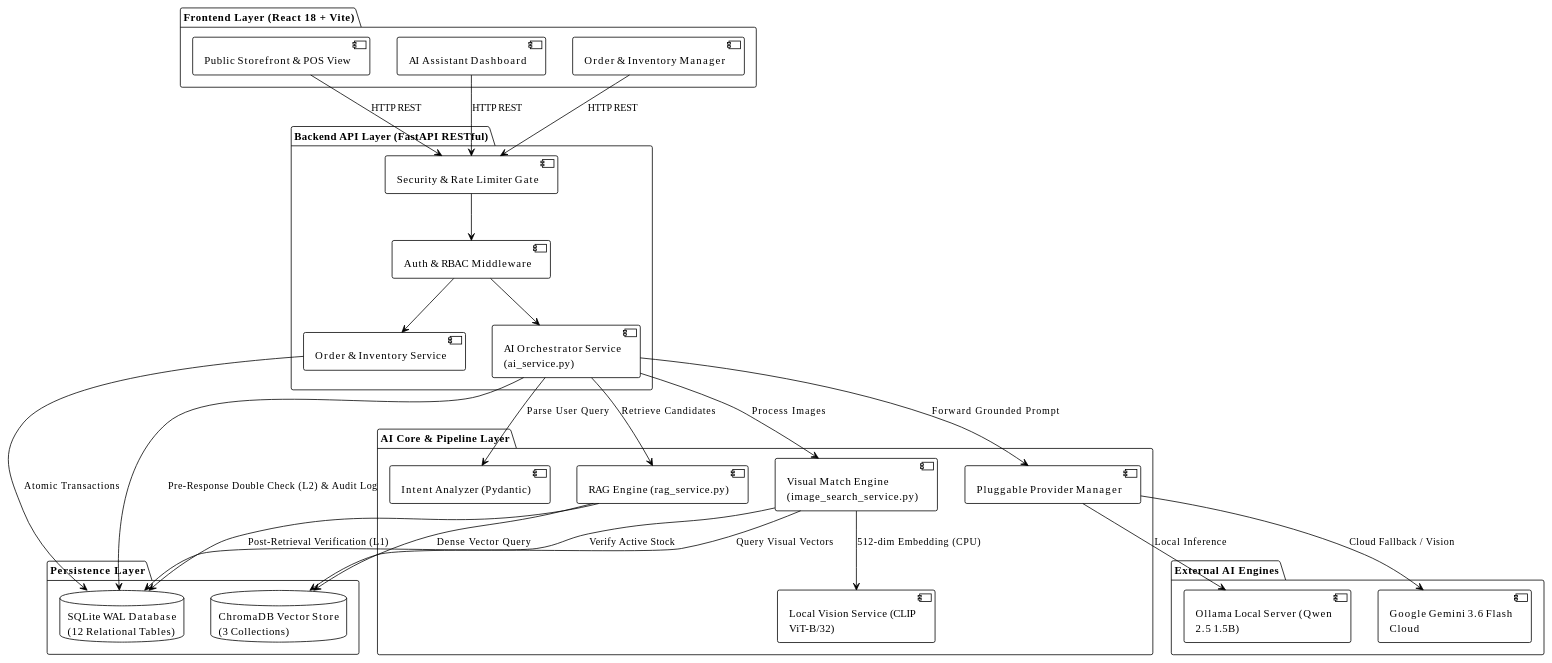
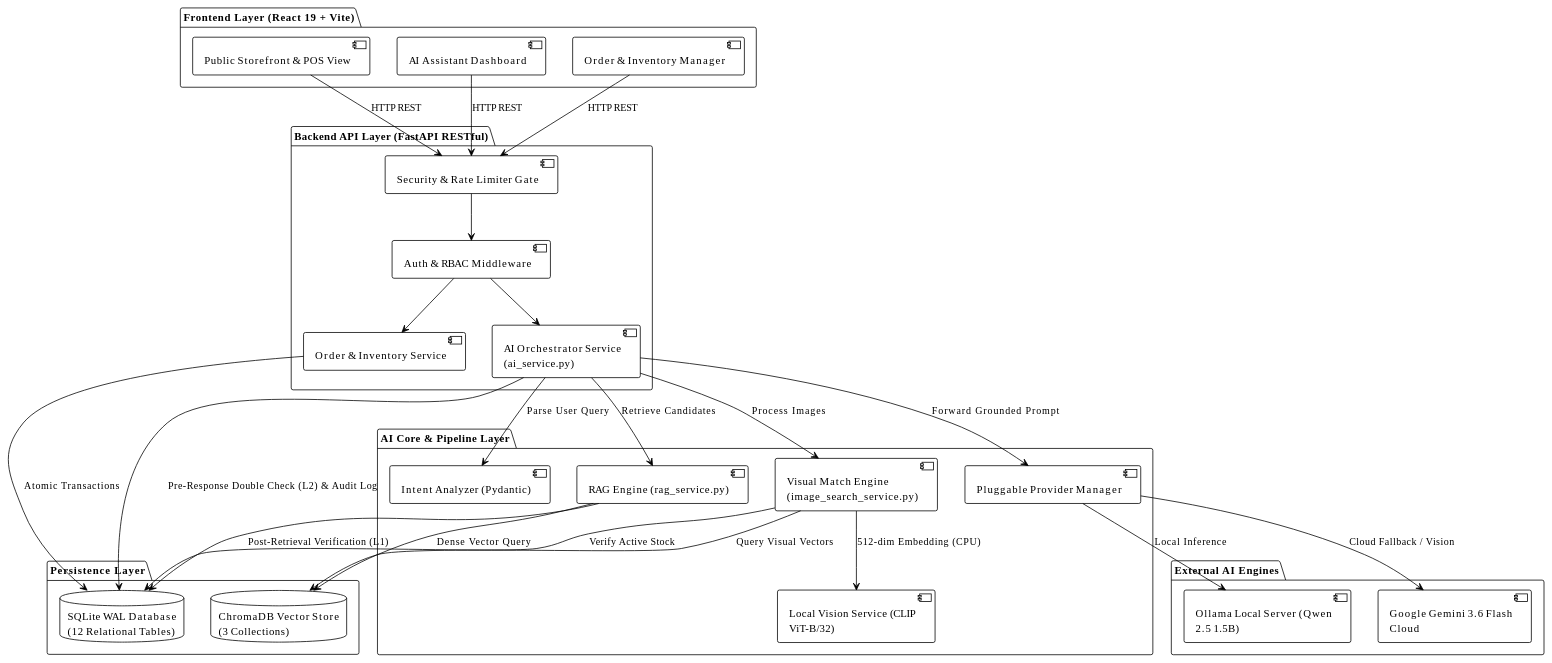
The first of 4 diagrams in docs/Bao_Cao_StoreFlow_AI.md (Leoth01O2/WebStoreAI), drawn with PlantUML before and after one commit. The commit also changed other lines of this file and 1 other file, not shown here.

````diff
--- a/docs/Bao_Cao_StoreFlow_AI.md
+++ b/docs/Bao_Cao_StoreFlow_AI.md
@@ -392,62 +392,62 @@
 ```plantuml
 @startuml
 !theme plain
 skinparam componentStyle uml2
 skinparam wrapWidth 200
 
-package "Frontend Layer (React 18 + Vite)" {
+package "Frontend Layer (React 19 + Vite)" {
   [Public Storefront & POS View] as UI_POS
   [AI Assistant Dashboard] as UI_AI
   [Order & Inventory Manager] as UI_Admin
 }
 
 package "Backend API Layer (FastAPI RESTful)" {
   [Security & Rate Limiter Gate] as Gate
   [Auth & RBAC Middleware] as RBAC
   [Order & Inventory Service] as OrderSvc
   [AI Orchestrator Service (ai_service.py)] as AISvc
 }
 
 package "AI Core & Pipeline Layer" {
   [Intent Analyzer (Pydantic)] as IntentEng
   [RAG Engine (rag_service.py)] as RAGEng
   [Visual Match Engine (image_search_service.py)] as VisionEng
   [Local Vision Service (CLIP ViT-B/32)] as CLIPEng
   [Pluggable Provider Manager] as ProviderMgr
 }
 
 package "External AI Engines" {
   [Ollama Local Server (Qwen 2.5 1.5B)] as OllamaEng
   [Google Gemini 3.6 Flash Cloud] as GeminiEng
 }
 
 package "Persistence Layer" {
   database "SQLite WAL Database\n(12 Relational Tables)" as SQLite
   database "ChromaDB Vector Store\n(3 Collections)" as Chroma
 }
 
 UI_POS --> Gate : HTTP REST
 UI_AI --> Gate : HTTP REST
 UI_Admin --> Gate : HTTP REST
 
 Gate --> RBAC
 RBAC --> OrderSvc
 RBAC --> AISvc
 
 OrderSvc --> SQLite : Atomic Transactions
 AISvc --> IntentEng : Parse User Query
 AISvc --> RAGEng : Retrieve Candidates
 AISvc --> VisionEng : Process Images
 VisionEng --> CLIPEng : 512-dim Embedding (CPU)
 
 RAGEng --> Chroma : Dense Vector Query
 RAGEng --> SQLite : Post-Retrieval Verification (L1)
 VisionEng --> Chroma : Query Visual Vectors
 VisionEng --> SQLite : Verify Active Stock
 
 AISvc --> ProviderMgr : Forward Grounded Prompt
 ProviderMgr --> OllamaEng : Local Inference
 ProviderMgr --> GeminiEng : Cloud Fallback / Vision
 AISvc --> SQLite : Pre-Response Double Check (L2) & Audit Log
 @enduml
 ```
````
